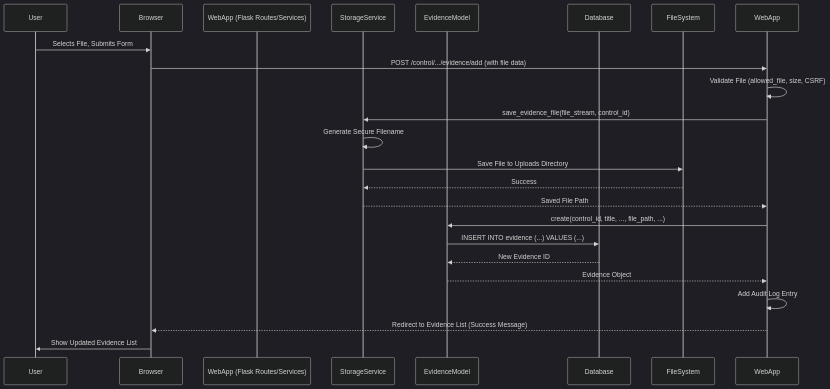
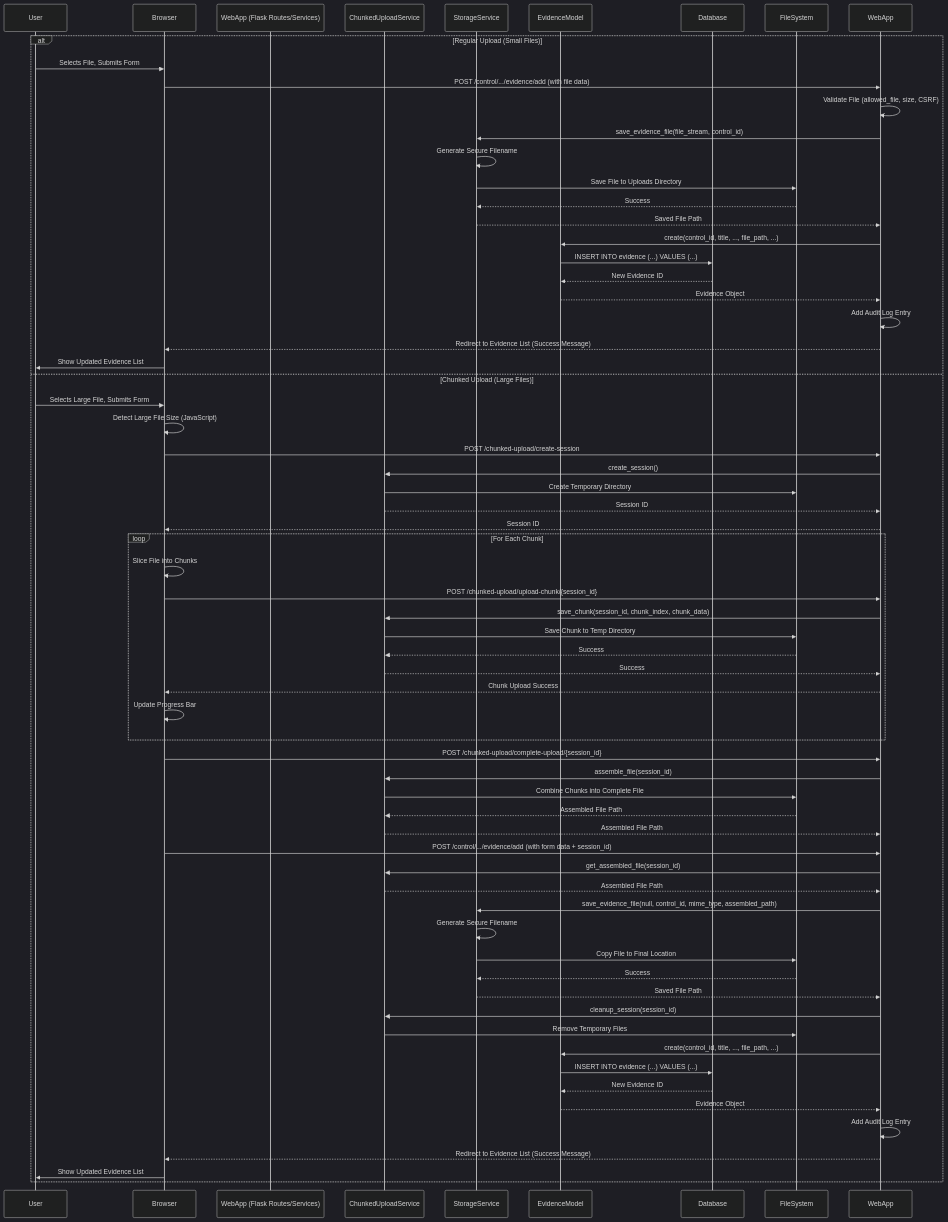
The fourth of 5 diagrams in memory-bank/systemPatterns.md (benGigaTech/python-grc-b), drawn with Mermaid (dark theme) before and after one commit. The commit also changed other lines of this file and 23 other files, not shown here.

````diff
--- a/memory-bank/systemPatterns.md
+++ b/memory-bank/systemPatterns.md
@@ -290,26 +291,72 @@
 ```mermaid
 sequenceDiagram
     participant User
     participant Browser
     participant WebApp (Flask Routes/Services)
+    participant ChunkedUploadService
     participant StorageService
     participant EvidenceModel
     participant Database
     participant FileSystem
 
-    User->>Browser: Selects File, Submits Form
-    Browser->>WebApp: POST /control/.../evidence/add (with file data)
-    WebApp->>WebApp: Validate File (allowed_file, size, CSRF)
-    WebApp->>StorageService: save_evidence_file(file_stream, control_id)
-    StorageService->>StorageService: Generate Secure Filename
-    StorageService->>FileSystem: Save File to Uploads Directory
-    FileSystem-->>StorageService: Success
-    StorageService-->>WebApp: Saved File Path
-    WebApp->>EvidenceModel: create(control_id, title, ..., file_path, ...)
-    EvidenceModel->>Database: INSERT INTO evidence (...) VALUES (...)
-    Database-->>EvidenceModel: New Evidence ID
-    EvidenceModel-->>WebApp: Evidence Object
-    WebApp->>WebApp: Add Audit Log Entry
-    WebApp-->>Browser: Redirect to Evidence List (Success Message)
-    Browser->>User: Show Updated Evidence List
+    alt Regular Upload (Small Files)
+        User->>Browser: Selects File, Submits Form
+        Browser->>WebApp: POST /control/.../evidence/add (with file data)
+        WebApp->>WebApp: Validate File (allowed_file, size, CSRF)
+        WebApp->>StorageService: save_evidence_file(file_stream, control_id)
+        StorageService->>StorageService: Generate Secure Filename
+        StorageService->>FileSystem: Save File to Uploads Directory
+        FileSystem-->>StorageService: Success
+        StorageService-->>WebApp: Saved File Path
+        WebApp->>EvidenceModel: create(control_id, title, ..., file_path, ...)
+        EvidenceModel->>Database: INSERT INTO evidence (...) VALUES (...)
+        Database-->>EvidenceModel: New Evidence ID
+        EvidenceModel-->>WebApp: Evidence Object
+        WebApp->>WebApp: Add Audit Log Entry
+        WebApp-->>Browser: Redirect to Evidence List (Success Message)
+        Browser->>User: Show Updated Evidence List
+    else Chunked Upload (Large Files)
+        User->>Browser: Selects Large File, Submits Form
+        Browser->>Browser: Detect Large File Size (JavaScript)
+        Browser->>WebApp: POST /chunked-upload/create-session
+        WebApp->>ChunkedUploadService: create_session()
+        ChunkedUploadService->>FileSystem: Create Temporary Directory
+        ChunkedUploadService-->>WebApp: Session ID
+        WebApp-->>Browser: Session ID
+
+        loop For Each Chunk
+            Browser->>Browser: Slice File into Chunks
+            Browser->>WebApp: POST /chunked-upload/upload-chunk/{session_id}
+            WebApp->>ChunkedUploadService: save_chunk(session_id, chunk_index, chunk_data)
+            ChunkedUploadService->>FileSystem: Save Chunk to Temp Directory
+            FileSystem-->>ChunkedUploadService: Success
+            ChunkedUploadService-->>WebApp: Success
+            WebApp-->>Browser: Chunk Upload Success
+            Browser->>Browser: Update Progress Bar
+        end
+
+        Browser->>WebApp: POST /chunked-upload/complete-upload/{session_id}
+        WebApp->>ChunkedUploadService: assemble_file(session_id)
+        ChunkedUploadService->>FileSystem: Combine Chunks into Complete File
+        FileSystem-->>ChunkedUploadService: Assembled File Path
+        ChunkedUploadService-->>WebApp: Assembled File Path
+
+        Browser->>WebApp: POST /control/.../evidence/add (with form data + session_id)
+        WebApp->>ChunkedUploadService: get_assembled_file(session_id)
+        ChunkedUploadService-->>WebApp: Assembled File Path
+        WebApp->>StorageService: save_evidence_file(null, control_id, mime_type, assembled_path)
+        StorageService->>StorageService: Generate Secure Filename
+        StorageService->>FileSystem: Copy File to Final Location
+        FileSystem-->>StorageService: Success
+        StorageService-->>WebApp: Saved File Path
+        WebApp->>ChunkedUploadService: cleanup_session(session_id)
+        ChunkedUploadService->>FileSystem: Remove Temporary Files
+        WebApp->>EvidenceModel: create(control_id, title, ..., file_path, ...)
+        EvidenceModel->>Database: INSERT INTO evidence (...) VALUES (...)
+        Database-->>EvidenceModel: New Evidence ID
+        EvidenceModel-->>WebApp: Evidence Object
+        WebApp->>WebApp: Add Audit Log Entry
+        WebApp-->>Browser: Redirect to Evidence List (Success Message)
+        Browser->>User: Show Updated Evidence List
+    end
 ```
````
